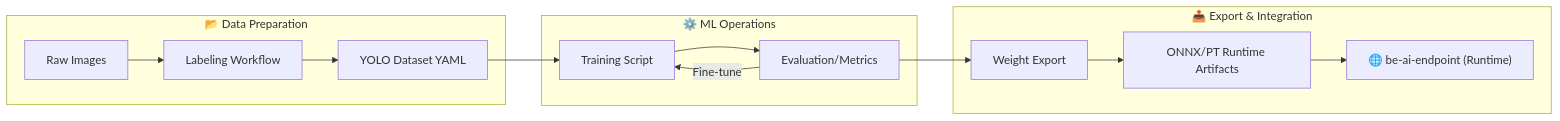
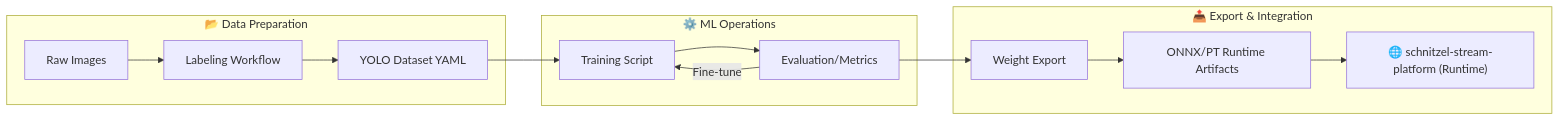
One commit to KyunghoCha/schnitzel-models changed the diagram in README.md. Above: the diagram before and after it, drawn with Mermaid. The commit also changed other lines of this file and 8 other files, not shown here.

````diff
--- a/README.md
+++ b/README.md
@@ -40,19 +40,19 @@
 ```mermaid
 flowchart LR
     subgraph Data ["📂 Data Preparation"]
         A[Raw Images] --> B[Labeling Workflow]
         B --> C[YOLO Dataset YAML]
     end
 
     subgraph ML-Ops ["⚙️ ML Operations"]
         C --> D[Training Script]
         D --> E[Evaluation/Metrics]
         E -- Fine-tune --> D
     end
 
     subgraph Export ["📤 Export & Integration"]
         E --> F[Weight Export]
         F --> G[ONNX/PT Runtime Artifacts]
-        G --> H["🌐 be-ai-endpoint (Runtime)"]
+        G --> H["🌐 schnitzel-stream-platform (Runtime)"]
     end
 ```
````
